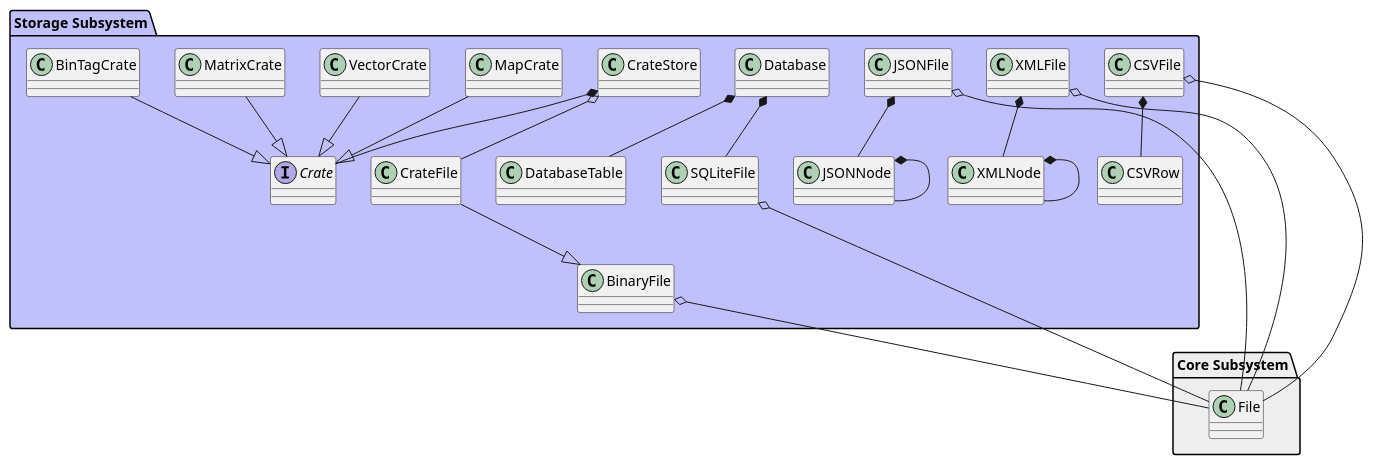
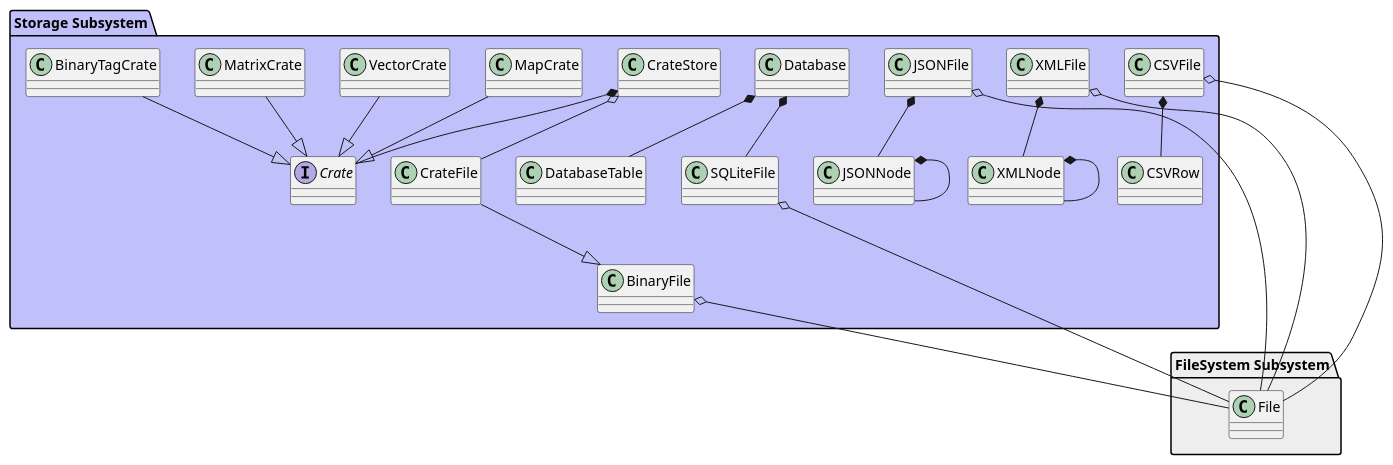
Before and after one commit to DangerInteractive/TimberWolf: the diagram in docs/uml/subsystems/storage/classes.plantuml, drawn with PlantUML. The commit also changed 1 other file, not shown here.

```diff
--- a/docs/uml/subsystems/storage/classes.plantuml
+++ b/docs/uml/subsystems/storage/classes.plantuml
@@ -1,91 +1,91 @@
 @startuml
 
 package "Storage Subsystem" #c0c0fa {
 
     'Level 1 API'
 
     class JSONFile {
     }
 
     class XMLFile {
     }
 
     class CSVFile {
     }
 
     class SQLiteFile {
     }
 
     class BinaryFile {
     }
 
     class CrateFile {
     }
 
     'Level 2 API'
 
     class Database {
     }
 
     class DatabaseTable {
     }
 
     class CrateStore {
     }
 
     interface Crate {
     }
 
     class JSONNode {
     }
 
     class XMLNode {
     }
 
     class CSVRow {
     }
 
     'Level 3 API'
 
     class VectorCrate {
     }
 
     class MatrixCrate {
     }
 
-    class BinTagCrate {
+    class BinaryTagCrate {
     }
 
     class MapCrate {
     }
 
 }
 
-package "Core Subsystem" #eeeeee {
+package "FileSystem Subsystem" #eeeeee {
 
     class File {
     }
 
 }
 
 JSONFile o-- File
 XMLFile o-- File
 CSVFile o-- File
 SQLiteFile o-- File
 BinaryFile o-- File
 CrateFile --|> BinaryFile
 Database *-- SQLiteFile
 Database *-- DatabaseTable
 CrateStore o-- CrateFile
 CrateStore *-- Crate
 VectorCrate --|> Crate
 MatrixCrate --|> Crate
-BinTagCrate --|> Crate
+BinaryTagCrate --|> Crate
 MapCrate --|> Crate
 JSONFile *-- JSONNode
 JSONNode *-- JSONNode
 XMLFile *-- XMLNode
 XMLNode *-- XMLNode
 CSVFile *-- CSVRow
 
 @enduml
```
